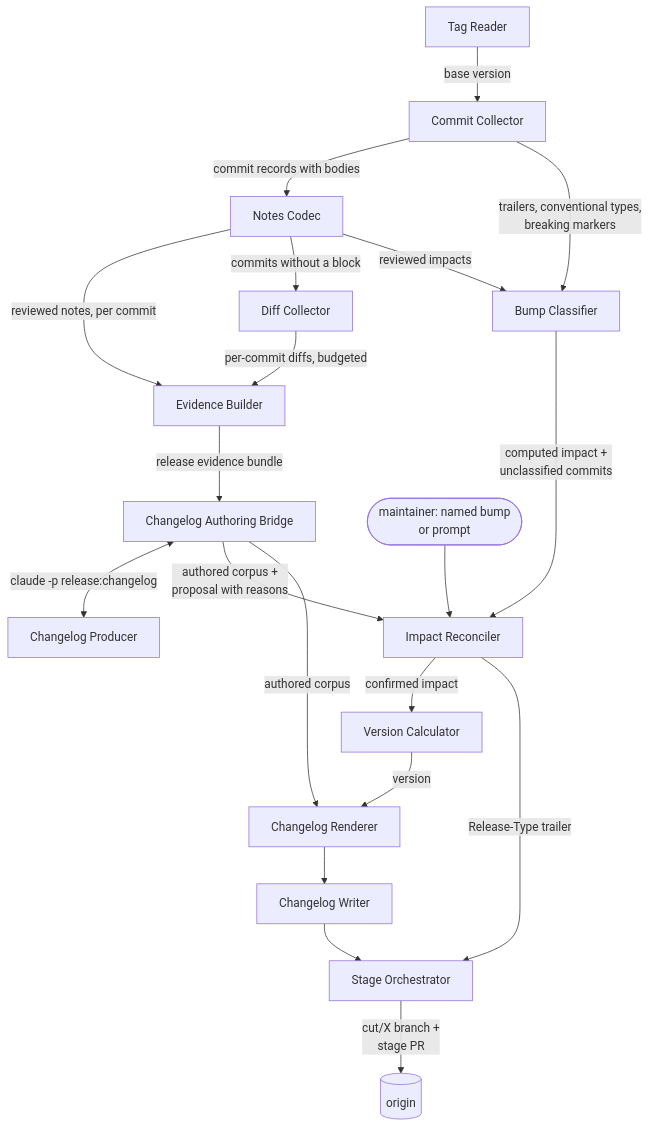
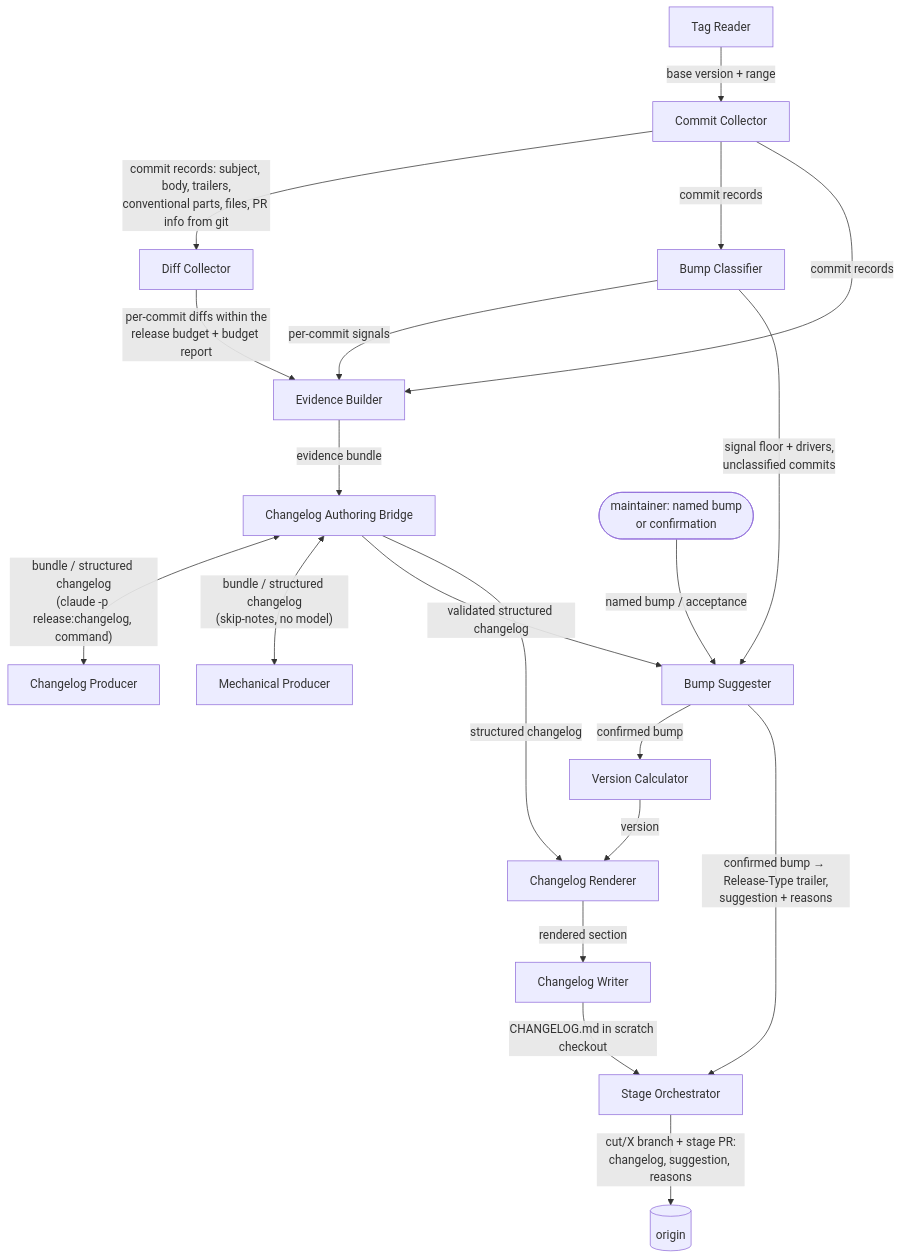
One commit to brettcallaghan/release changed the diagram in specs/modules/release-core/release-core-module.md. Above: the diagram before and after it, drawn with Mermaid. The commit also changed other lines of this file and 30 other files, not shown here.

First line of the commit message:
Make commit evidence the core; defer per-PR release notes

````diff
--- a/specs/modules/release-core/release-core-module.md
+++ b/specs/modules/release-core/release-core-module.md
@@ -107,22 +64,22 @@
 ```mermaid
 flowchart TB
-  TR[Tag Reader] -->|base version| CC[Commit Collector]
-  CC -->|commit records with bodies| NC[Notes Codec]
-  NC -->|reviewed notes, per commit| EB[Evidence Builder]
-  NC -->|commits without a block| DC[Diff Collector]
-  DC -->|per-commit diffs, budgeted| EB
-  NC -->|reviewed impacts| BC[Bump Classifier]
-  CC -->|"trailers, conventional types,<br/>breaking markers"| BC
-  BC -->|"computed impact +<br/>unclassified commits"| IR[Impact Reconciler]
-  EB -->|release evidence bundle| AB[Changelog Authoring Bridge]
-  AB <-->|"claude -p release:changelog"| P[Changelog Producer]
-  AB -->|"authored corpus +<br/>proposal with reasons"| IR
-  H(["maintainer: named bump<br/>or prompt"]) --> IR
-  IR -->|confirmed impact| VC[Version Calculator]
+  TR[Tag Reader] -->|"base version + range"| CC[Commit Collector]
+  CC -->|"commit records: subject, body, trailers,<br/>conventional parts, files, PR info from git"| DC[Diff Collector]
+  CC -->|commit records| BC[Bump Classifier]
+  CC -->|commit records| EB[Evidence Builder]
+  DC -->|"per-commit diffs within the<br/>release budget + budget report"| EB
+  BC -->|"per-commit signals"| EB
+  EB -->|evidence bundle| AB[Changelog Authoring Bridge]
+  AB <-->|"bundle / structured changelog<br/>(claude -p release:changelog, command)"| P[Changelog Producer]
+  AB <-->|"bundle / structured changelog<br/>(skip-notes, no model)"| MP[Mechanical Producer]
+  AB -->|"validated structured changelog"| BS[Bump Suggester]
+  BC -->|"signal floor + drivers,<br/>unclassified commits"| BS
+  H(["maintainer: named bump<br/>or confirmation"]) -->|"named bump / acceptance"| BS
+  BS -->|"confirmed bump"| VC[Version Calculator]
   VC -->|version| R[Changelog Renderer]
-  AB -->|authored corpus| R
-  R --> W[Changelog Writer]
-  W --> SO[Stage Orchestrator]
-  IR -->|"Release-Type trailer"| SO
-  SO -->|"cut/X branch +<br/>stage PR"| GH[(origin)]
+  AB -->|"structured changelog"| R
+  R -->|"rendered section"| W[Changelog Writer]
+  W -->|"CHANGELOG.md in scratch checkout"| SO[Stage Orchestrator]
+  BS -->|"confirmed bump → Release-Type trailer,<br/>suggestion + reasons"| SO
+  SO -->|"cut/X branch + stage PR:<br/>changelog, suggestion, reasons"| GH[(origin)]
 ```
````
